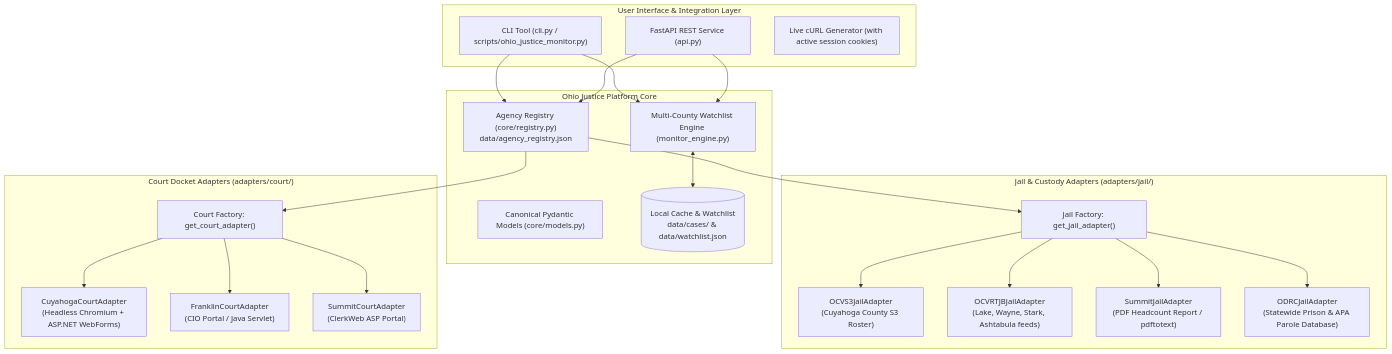
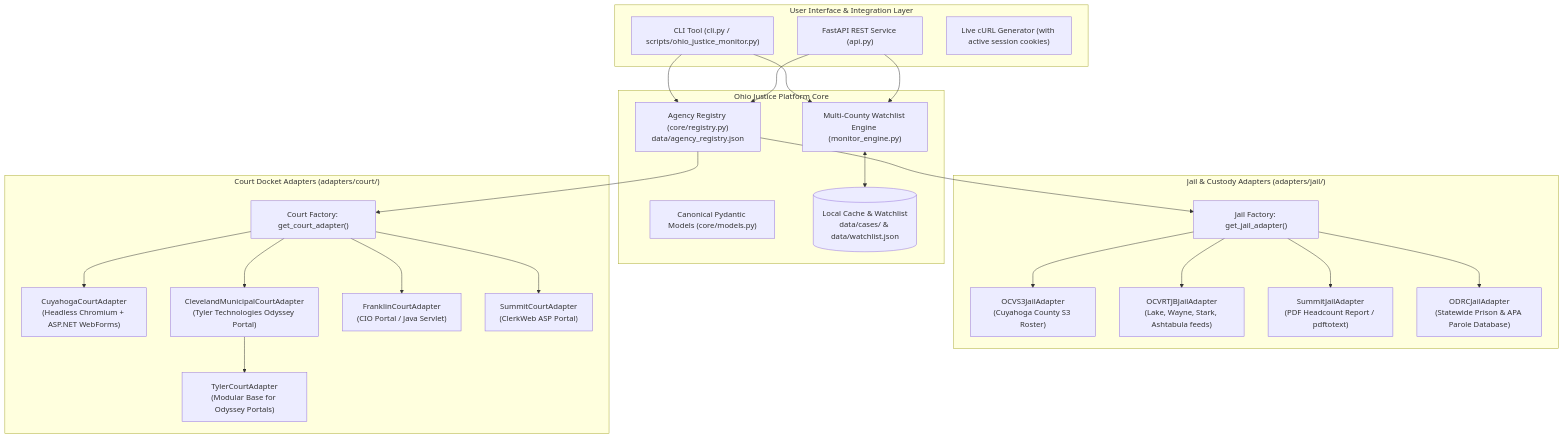
One commit to RPDevs-Builds/Court-Monitor changed the diagram in README.md. Above: the diagram before and after it, drawn with Mermaid. The commit also changed other lines of this file, not shown here.

Commit message:
docs: document Cleveland Municipal Court and Tyler Tech Odyssey Portal integration

````diff
--- a/README.md
+++ b/README.md
@@ -11,47 +11,51 @@
 ```mermaid
 flowchart TD
     subgraph ClientLayer["User Interface & Integration Layer"]
         CLI["CLI Tool (cli.py / scripts/ohio_justice_monitor.py)"]
         REST["FastAPI REST Service (api.py)"]
         CurlGen["Live cURL Generator (with active session cookies)"]
     end
 
     subgraph CorePlatform["Ohio Justice Platform Core"]
         Registry["Agency Registry (core/registry.py)<br/>data/agency_registry.json"]
         Models["Canonical Pydantic Models (core/models.py)"]
         DiffEngine["Multi-County Watchlist Engine (monitor_engine.py)"]
         Cache[("Local Cache & Watchlist<br/>data/cases/ & data/watchlist.json")]
         
         CLI --> Registry
         REST --> Registry
         CLI --> DiffEngine
         REST --> DiffEngine
         DiffEngine <--> Cache
     end
 
     subgraph JailAdapters["Jail & Custody Adapters (adapters/jail/)"]
         JailFactory["Jail Factory: get_jail_adapter()"]
         OCVS3["OCVS3JailAdapter<br/>(Cuyahoga County S3 Roster)"]
         OCVRTJB["OCVRTJBJailAdapter<br/>(Lake, Wayne, Stark, Ashtabula feeds)"]
         SummitJail["SummitJailAdapter<br/>(PDF Headcount Report / pdftotext)"]
         ODRC["ODRCJailAdapter<br/>(Statewide Prison & APA Parole Database)"]
 
         Registry --> JailFactory
         JailFactory --> OCVS3
         JailFactory --> OCVRTJB
         JailFactory --> SummitJail
         JailFactory --> ODRC
     end
 
     subgraph CourtAdapters["Court Docket Adapters (adapters/court/)"]
         CourtFactory["Court Factory: get_court_adapter()"]
         CuyahogaCourt["CuyahogaCourtAdapter<br/>(Headless Chromium + ASP.NET WebForms)"]
+        ClevelandMuni["ClevelandMunicipalCourtAdapter<br/>(Tyler Technologies Odyssey Portal)"]
+        TylerBase["TylerCourtAdapter<br/>(Modular Base for Odyssey Portals)"]
         FranklinCourt["FranklinCourtAdapter<br/>(CIO Portal / Java Servlet)"]
         SummitCourt["SummitCourtAdapter<br/>(ClerkWeb ASP Portal)"]
 
         Registry --> CourtFactory
         CourtFactory --> CuyahogaCourt
+        CourtFactory --> ClevelandMuni
+        ClevelandMuni --> TylerBase
         CourtFactory --> FranklinCourt
         CourtFactory --> SummitCourt
     end
 ```
````
